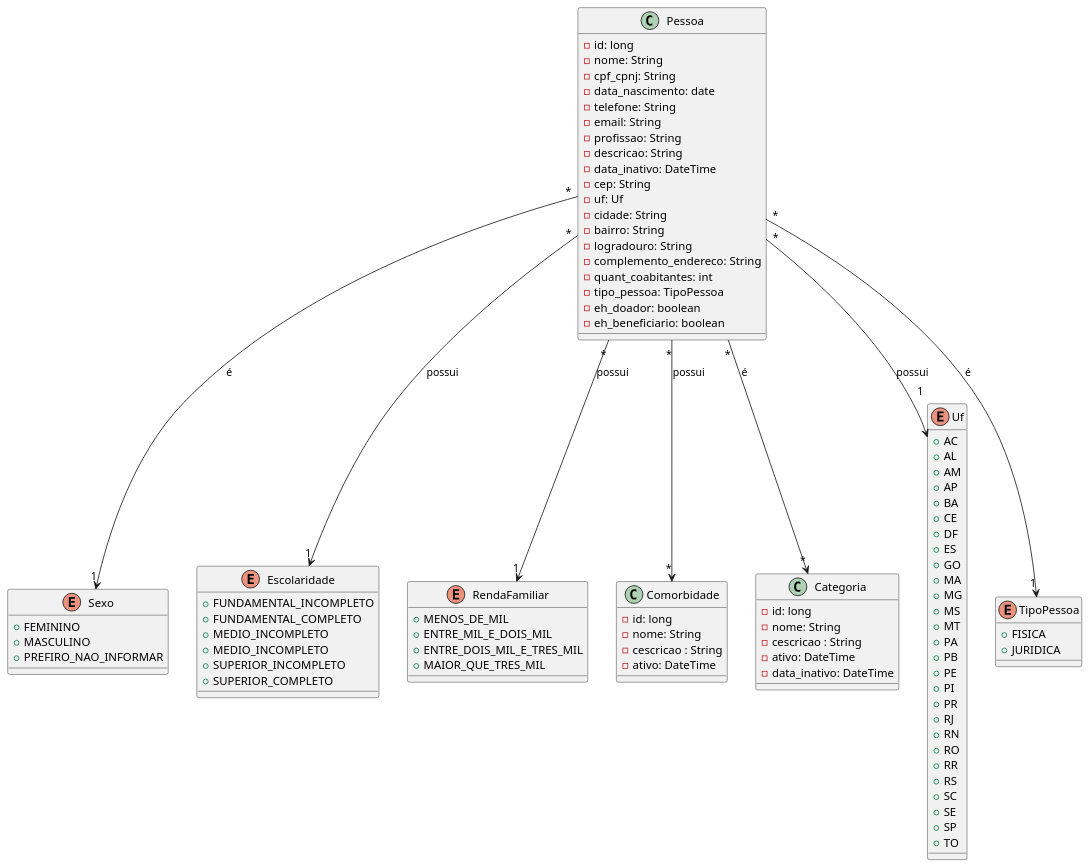
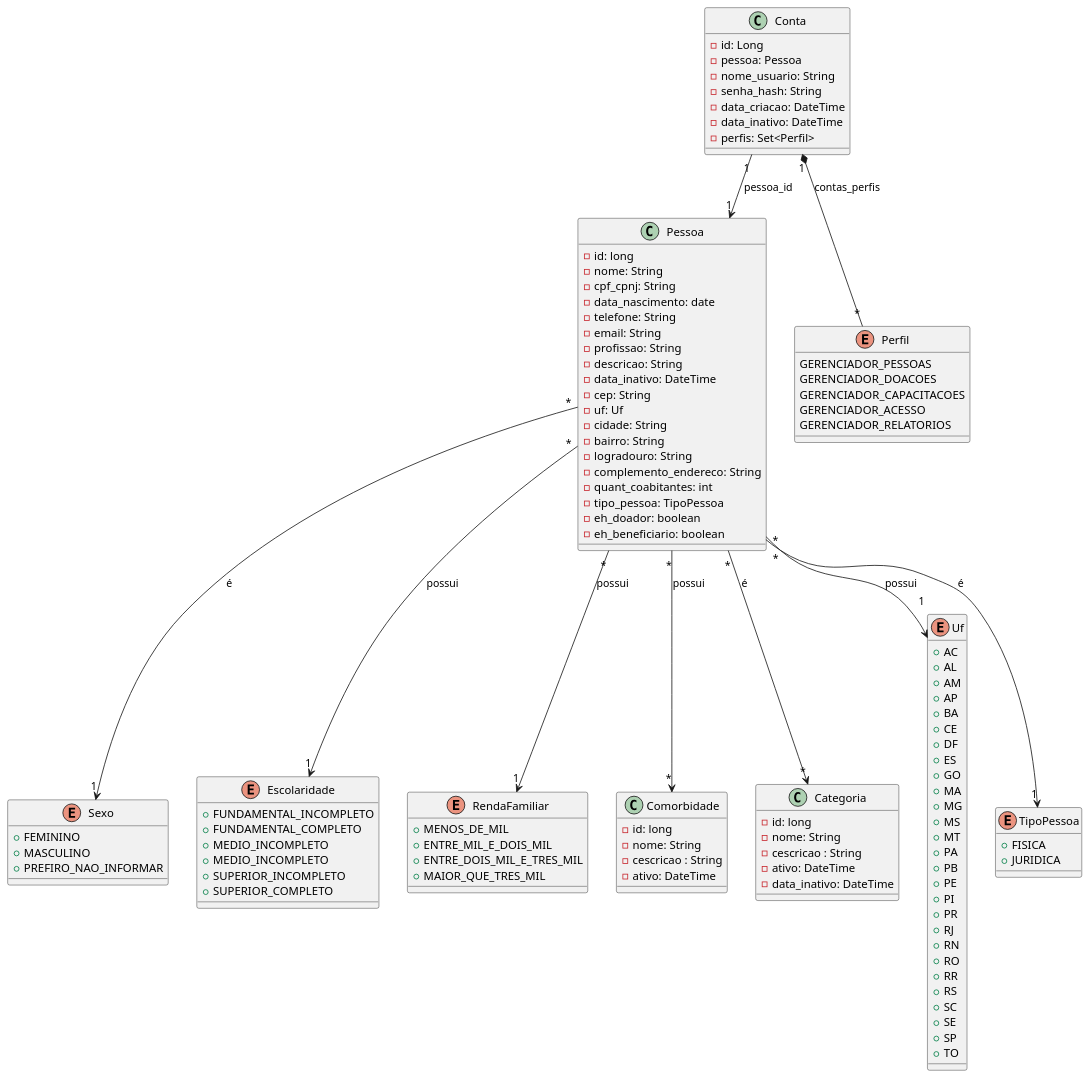
The diagram in docs/diagramas/diagramas-de-classe/codigo-diagrama-de-classe.puml (unitins-p2-asmosul/admin-asmosul), drawn with PlantUML before and after one commit. The commit also changed 1 other file, not shown here.

Commit message:
Criar diagramas e migration de acesso (#95)

```diff
--- a/docs/diagramas/diagramas-de-classe/codigo-diagrama-de-classe.puml
+++ b/docs/diagramas/diagramas-de-classe/codigo-diagrama-de-classe.puml
@@ -4,111 +4,133 @@
 @startuml
 
 enum Sexo {
   + FEMININO
   + MASCULINO
   + PREFIRO_NAO_INFORMAR
 }
 
 enum Escolaridade {
   + FUNDAMENTAL_INCOMPLETO
   + FUNDAMENTAL_COMPLETO
   + MEDIO_INCOMPLETO
   + MEDIO_INCOMPLETO
   + SUPERIOR_INCOMPLETO
   + SUPERIOR_COMPLETO
 }
 
 enum RendaFamiliar {
 + MENOS_DE_MIL
 + ENTRE_MIL_E_DOIS_MIL
 + ENTRE_DOIS_MIL_E_TRES_MIL
 + MAIOR_QUE_TRES_MIL
 }
 
 class  Comorbidade {
   - id: long
   - nome: String
   - cescricao : String
   - ativo: DateTime
 }
 
 class  Categoria {
   - id: long
   - nome: String
   - cescricao : String
   - ativo: DateTime
   - data_inativo: DateTime
 }
 
 
 class Pessoa {
   - id: long
   - nome: String
   - cpf_cpnj: String
   - data_nascimento: date
   - telefone: String
   - email: String
   - profissao: String
   - descricao: String
   - data_inativo: DateTime
   - cep: String
   - uf: Uf
   - cidade: String
   - bairro: String
   - logradouro: String
   - complemento_endereco: String
   - quant_coabitantes: int
   - tipo_pessoa: TipoPessoa
   - eh_doador: boolean
   - eh_beneficiario: boolean
 
 }
 
 enum Uf {
   +AC
   +AL
   +AM
   +AP
   +BA
   +CE
   +DF
   +ES
   +GO
   +MA
   +MG
   +MS
   +MT
   +PA
   +PB
   +PE
   +PI
   +PR
   +RJ
   +RN
   +RO
   +RR
   +RS
   +SC
   +SE
   +SP
   +TO
 }
 
 enum TipoPessoa{
   + FISICA
   + JURIDICA
 }
 
+' Adição de Acesso
+class Conta {
+  - id: Long
+  - pessoa: Pessoa
+  - nome_usuario: String
+  - senha_hash: String
+  - data_criacao: DateTime
+  - data_inativo: DateTime
+  - perfis: Set<Perfil>
+}
+
+enum Perfil {
+  GERENCIADOR_PESSOAS
+  GERENCIADOR_DOACOES
+  GERENCIADOR_CAPACITACOES
+  GERENCIADOR_ACESSO
+  GERENCIADOR_RELATORIOS
+}
+
 ' Relacionamentos
 Pessoa "*" --> "1" Sexo : é
 Pessoa "*" --> "1" Escolaridade : possui
 Pessoa "*" --> "1" RendaFamiliar : possui
 
 Pessoa "*" --> "*"Categoria : é
 Pessoa "*" --> "*"Comorbidade : possui
 
 Pessoa "*" --> "1"Uf : possui
 Pessoa "*" --> "1"TipoPessoa : é
 
+' Relacionamentos - Acesso
+Conta "1" --> "1" Pessoa : pessoa_id
+Conta "1" *-- "*" Perfil : contas_perfis
 
 @enduml
```
